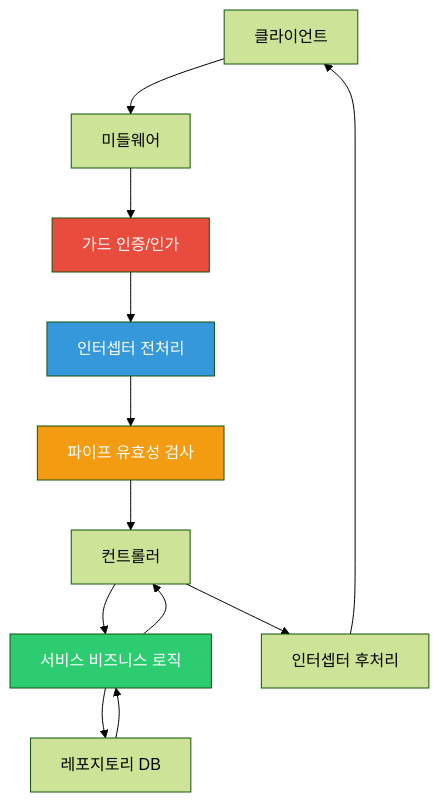
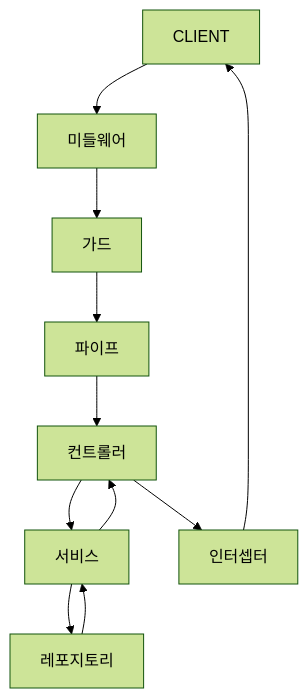
Before and after one commit to yjkim2015/yjkim2015.github.io: the first of 4 diagrams in _posts/frontend/2026-05-02-nestjs-fundamentals.md, drawn with Mermaid (forest theme). The commit also changed other lines of this file and 215 other files, not shown here.

First line of the commit message:
신규 포스트 10개 추가 + Mermaid 전면 축소 + SystemDesign 시리즈 보강

````diff
--- a/_posts/frontend/2026-05-02-nestjs-fundamentals.md
+++ b/_posts/frontend/2026-05-02-nestjs-fundamentals.md
@@ -29,19 +29,6 @@
 ```mermaid
 graph TD
-    CLIENT["클라이언트"] --> MW["미들웨어"]
-    MW --> GUARD["가드 인증/인가"]
-    GUARD --> INTERCEPTOR1["인터셉터 전처리"]
-    INTERCEPTOR1 --> PIPE["파이프 유효성 검사"]
-    PIPE --> CTRL["컨트롤러"]
-    CTRL --> SERVICE["서비스 비즈니스 로직"]
-    SERVICE --> REPO["레포지토리 DB"]
-    REPO --> SERVICE
-    SERVICE --> CTRL
-    CTRL --> INTERCEPTOR2["인터셉터 후처리"]
-    INTERCEPTOR2 --> CLIENT
-
-    style GUARD fill:#e74c3c,color:#fff
-    style PIPE fill:#f39c12,color:#fff
-    style SERVICE fill:#2ecc71,color:#fff
-    style INTERCEPTOR1 fill:#3498db,color:#fff
+    CLIENT --> MW["미들웨어"] --> GUARD["가드"] --> PIPE["파이프"] --> CTRL["컨트롤러"]
+    CTRL --> SERVICE["서비스"] --> REPO["레포지토리"]
+    REPO --> SERVICE --> CTRL --> INTR["인터셉터"] --> CLIENT
 ```
````
